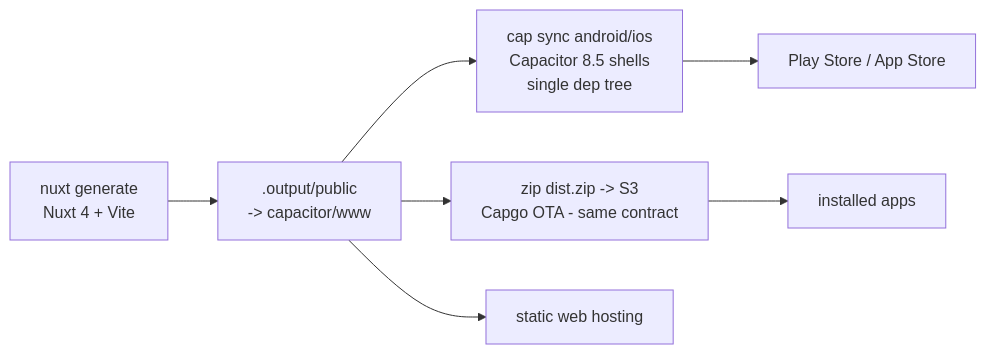
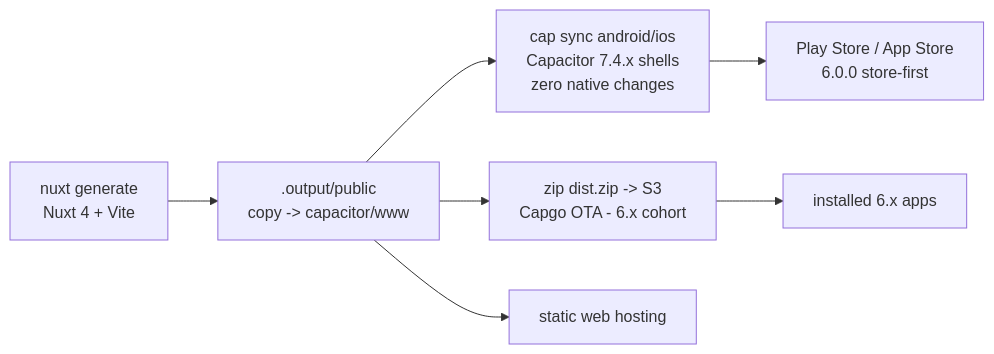
One commit to scbd/cbd-events changed the second of 2 diagrams in docs/nuxt4-upgrade-plan.md. Above: the diagram before and after it, drawn with Mermaid. The commit also changed other lines of this file, not shown here.

````diff
--- a/docs/nuxt4-upgrade-plan.md
+++ b/docs/nuxt4-upgrade-plan.md
@@ -53,9 +56,9 @@
 ```mermaid
 flowchart LR
-  A[nuxt generate<br/>Nuxt 4 + Vite] --> B[.output/public<br/>-> capacitor/www]
-  B --> C[cap sync android/ios<br/>Capacitor 8.5 shells<br/>single dep tree]
-  B --> D[zip dist.zip -> S3<br/>Capgo OTA - same contract]
+  A[nuxt generate<br/>Nuxt 4 + Vite] --> B[.output/public<br/>copy -> capacitor/www]
+  B --> C[cap sync android/ios<br/>Capacitor 7.4.x shells<br/>zero native changes]
+  B --> D[zip dist.zip -> S3<br/>Capgo OTA - 6.x cohort]
   B --> E[static web hosting]
-  C --> F[Play Store / App Store]
-  D --> G[installed apps]
+  C --> F[Play Store / App Store<br/>6.0.0 store-first]
+  D --> G[installed 6.x apps]
 ```
````
